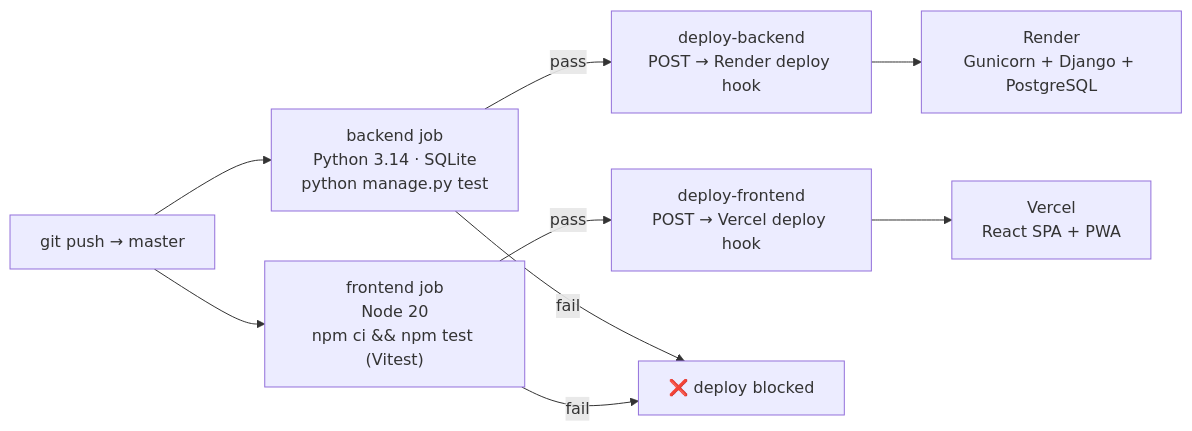
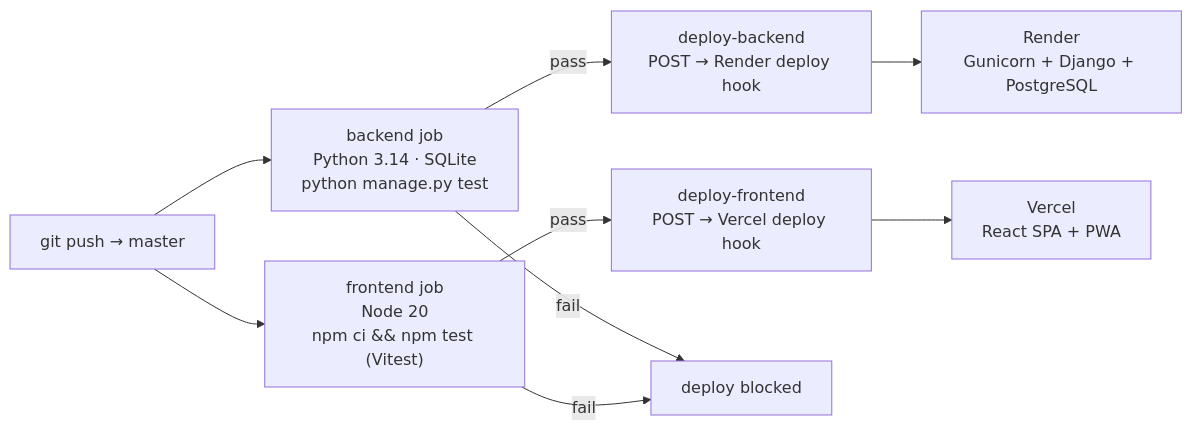
One commit to HarleyBishop/Climbing-Project changed the sixth of 7 diagrams in ARCHITECTURE.md. Above: the diagram before and after it, drawn with Mermaid. The commit also changed other lines of this file and 6 other files, not shown here.

Commit message:
fixed diagrams for git

````diff
--- a/ARCHITECTURE.md
+++ b/ARCHITECTURE.md
@@ -303,16 +303,16 @@
 ```mermaid
 graph LR
     Push["git push → master"]
 
     Push --> BE_TEST["backend job\nPython 3.14 · SQLite\npython manage.py test"]
     Push --> FE_TEST["frontend job\nNode 20\nnpm ci && npm test (Vitest)"]
 
     BE_TEST -- pass --> Deploy_BE["deploy-backend\nPOST → Render deploy hook"]
     FE_TEST -- pass --> Deploy_FE["deploy-frontend\nPOST → Vercel deploy hook"]
 
-    BE_TEST -- fail --> Block["❌ deploy blocked"]
+    BE_TEST -- fail --> Block["deploy blocked"]
     FE_TEST -- fail --> Block
 
     Deploy_BE --> Render["Render\nGunicorn + Django + PostgreSQL"]
     Deploy_FE --> Vercel["Vercel\nReact SPA + PWA"]
 ```
````
